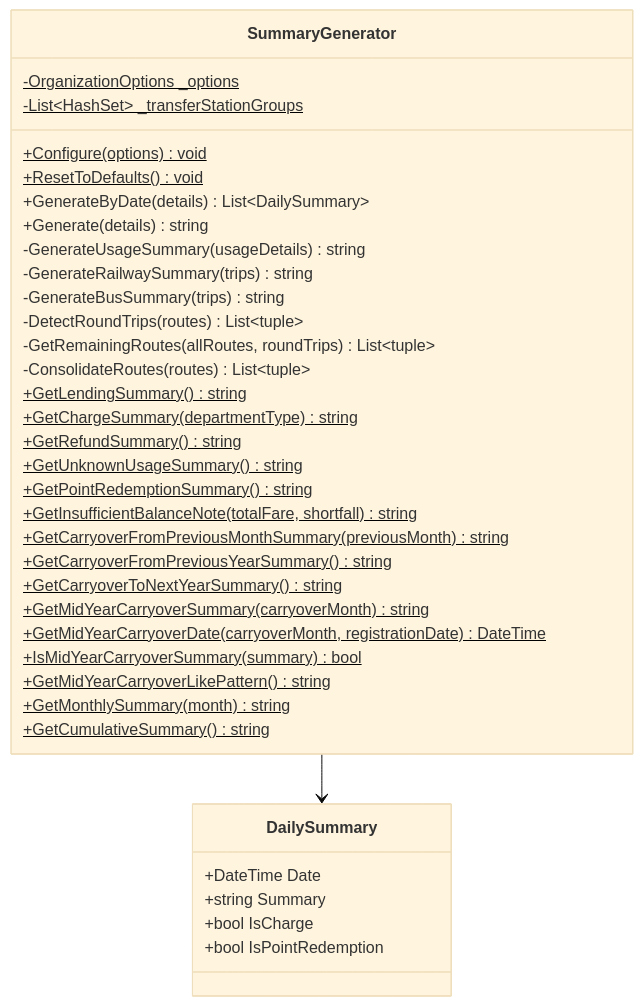
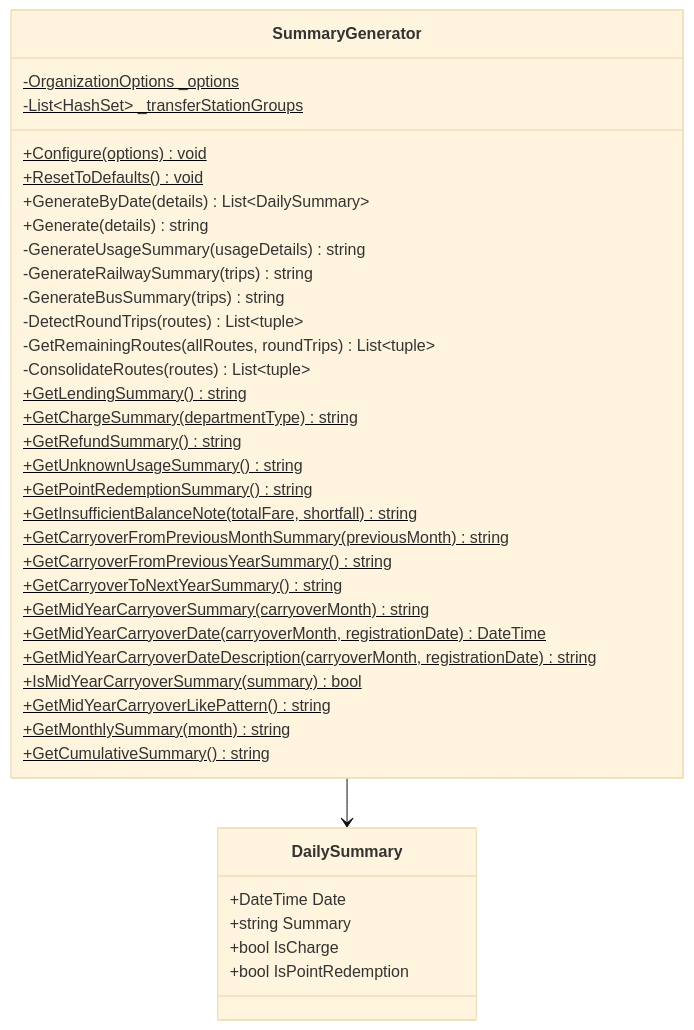
One commit to kuwayamamasayuki/ICCardManager changed the sixth of 51 diagrams in ICCardManager/docs/design/05_クラス設計書.md. Above: the diagram before and after it, drawn with Mermaid (base theme). The commit also changed 10 other files, not shown here.

````diff
--- a/ICCardManager/docs/design/05_クラス設計書.md
+++ b/ICCardManager/docs/design/05_クラス設計書.md
@@ -593,41 +593,42 @@
 ```mermaid
 classDiagram
     class SummaryGenerator {
         -OrganizationOptions _options$
         -List~HashSet~ _transferStationGroups$
         +Configure(options)$ void
         +ResetToDefaults()$ void
         +GenerateByDate(details) List~DailySummary~
         +Generate(details) string
         -GenerateUsageSummary(usageDetails) string
         -GenerateRailwaySummary(trips) string
         -GenerateBusSummary(trips) string
         -DetectRoundTrips(routes) List~tuple~
         -GetRemainingRoutes(allRoutes, roundTrips) List~tuple~
         -ConsolidateRoutes(routes) List~tuple~
         +GetLendingSummary()$ string
         +GetChargeSummary(departmentType)$ string
         +GetRefundSummary()$ string
         +GetUnknownUsageSummary()$ string
         +GetPointRedemptionSummary()$ string
         +GetInsufficientBalanceNote(totalFare, shortfall)$ string
         +GetCarryoverFromPreviousMonthSummary(previousMonth)$ string
         +GetCarryoverFromPreviousYearSummary()$ string
         +GetCarryoverToNextYearSummary()$ string
         +GetMidYearCarryoverSummary(carryoverMonth)$ string
         +GetMidYearCarryoverDate(carryoverMonth, registrationDate)$ DateTime
+        +GetMidYearCarryoverDateDescription(carryoverMonth, registrationDate)$ string
         +IsMidYearCarryoverSummary(summary)$ bool
         +GetMidYearCarryoverLikePattern()$ string
         +GetMonthlySummary(month)$ string
         +GetCumulativeSummary()$ string
     }
 
     class DailySummary {
         +DateTime Date
         +string Summary
         +bool IsCharge
         +bool IsPointRedemption
     }
 
     SummaryGenerator --> DailySummary
 ```
````
